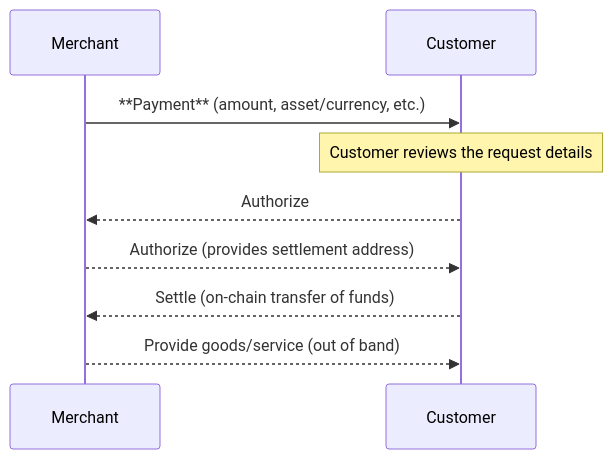
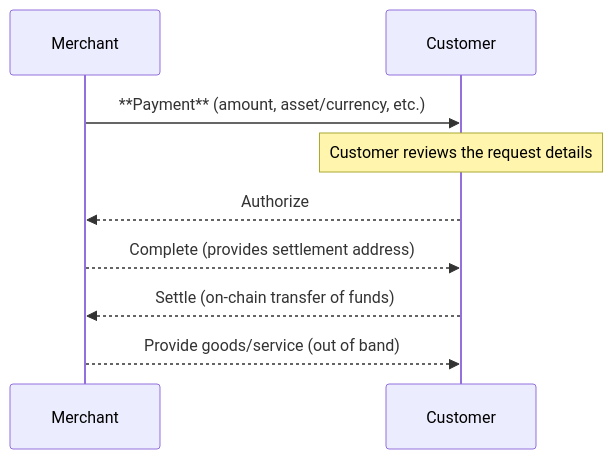
Before and after one commit to TransactionAuthorizationProtocol/TAIPs: the second of 4 diagrams in TAIPs/taip-14.md, drawn with Mermaid. The commit also changed other lines of this file and 5 other files, not shown here.

````diff
--- a/TAIPs/taip-14.md
+++ b/TAIPs/taip-14.md
@@ -82,11 +92,11 @@
 ```mermaid
 sequenceDiagram
     participant Merchant
     participant Customer
     Merchant->>Customer: **Payment** (amount, asset/currency, etc.)
     Note over Customer: Customer reviews the request details
     Customer-->>Merchant: Authorize
-    Merchant-->>Customer: Authorize (provides settlement address)
+    Merchant-->>Customer: Complete (provides settlement address)
     Customer-->>Merchant: Settle (on-chain transfer of funds)
     Merchant-->>Customer: Provide goods/service (out of band)
 ```
````
